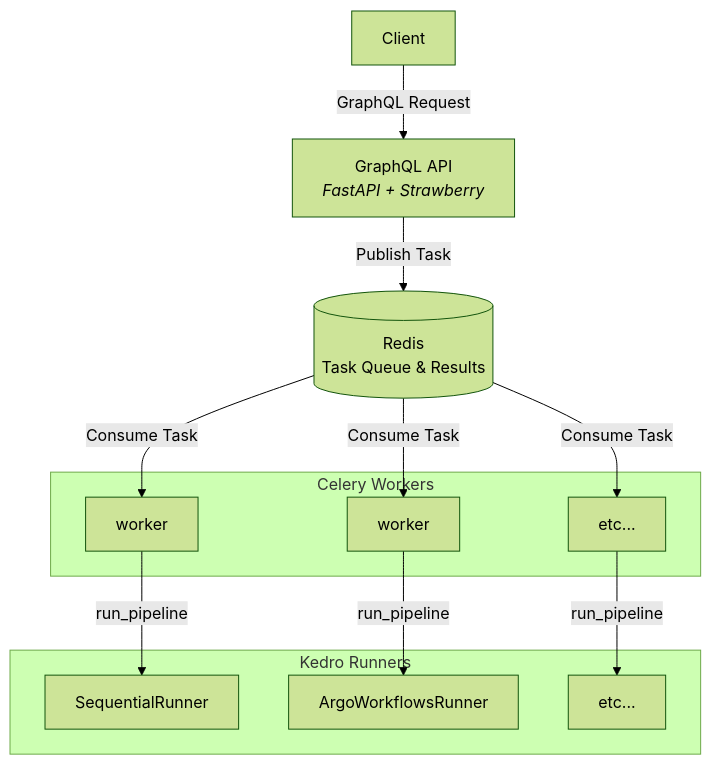
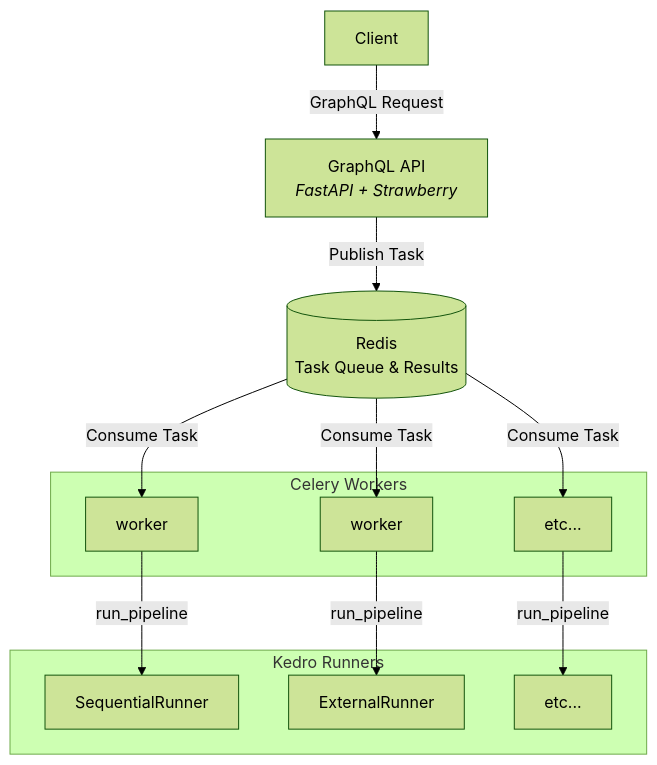
One commit to cellsignal/kedro-graphql changed the first of 3 diagrams in docs/architecture.md. Above: the diagram before and after it, drawn with Mermaid (forest theme). The commit also changed other lines of this file and 10 other files, not shown here.

````diff
--- a/docs/architecture.md
+++ b/docs/architecture.md
@@ -9,30 +9,30 @@
 ```mermaid
 flowchart TD
   client[Client]
   api[GraphQL API<br/><i>FastAPI + Strawberry</i>]
   redis[(Redis <br>Task Queue & Results)]
 
   client -- "GraphQL Request" --> api
   api -- "Publish Task" --> redis
   redis -- "Consume Task" --> worker00[worker]
   redis -- "Consume Task" --> worker01[worker]
   redis -- "Consume Task" --> worker02[etc...]
 
   worker00 -- "run_pipeline" --> runner00
   worker01 -- "run_pipeline" --> runner01
   worker02 -- "run_pipeline" --> runner02
 
   subgraph Celery Workers
     worker00
     worker01
     worker02
   end
 
   subgraph Kedro Runners
     runner00[SequentialRunner]
-    runner01[ArgoWorkflowsRunner]
+    runner01[ExternalRunner]
     runner02[etc...]
   end
 
 classDef worker fill:#f9f,stroke:#333,stroke-width:2px;
 ```
````
